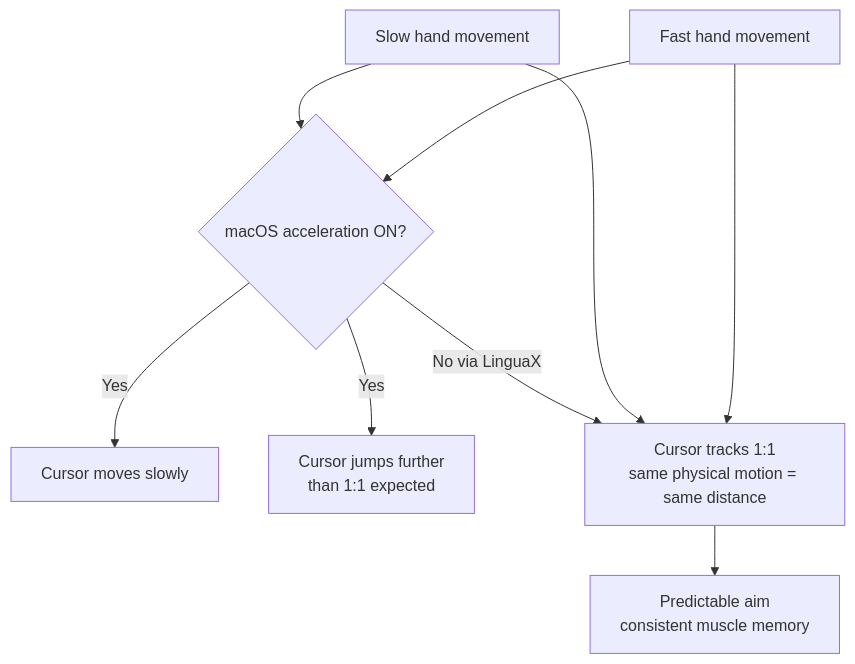
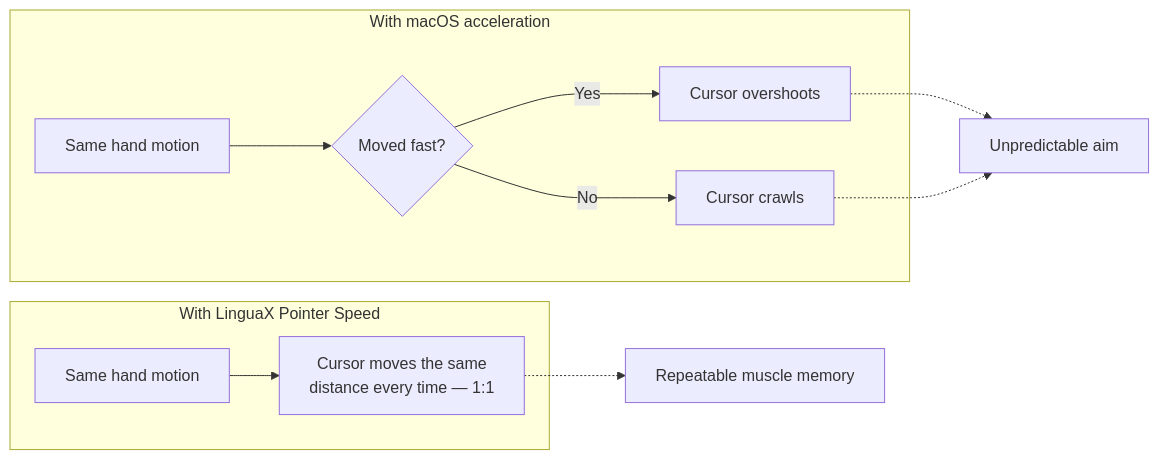
The diagram in docs/mouse-plus/recipes/disable-mouse-acceleration-mac.md (xiaopozhu/linguax-web), drawn with Mermaid before and after one commit. The commit also changed other lines of this file and 51 other files, not shown here.

````diff
--- a/docs/mouse-plus/recipes/disable-mouse-acceleration-mac.md
+++ b/docs/mouse-plus/recipes/disable-mouse-acceleration-mac.md
@@ -46,11 +46,14 @@
 ```mermaid
-flowchart TD
-    A[Slow hand movement] --> B{macOS acceleration ON?}
-    B -- Yes --> B1[Cursor moves slowly]
-    A2[Fast hand movement] --> B
-    B -- Yes --> B2[Cursor jumps further<br/>than 1:1 expected]
-    B -- No via LinguaX --> C[Cursor tracks 1:1<br/>same physical motion = same distance]
-    A --> C
-    A2 --> C
-    C --> D[Predictable aim<br/>consistent muscle memory]
+flowchart LR
+    subgraph ACC[With macOS acceleration]
+        A1[Same hand motion] --> A2{Moved fast?}
+        A2 -- Yes --> A3[Cursor overshoots]
+        A2 -- No --> A4[Cursor crawls]
+    end
+    subgraph LX[With LinguaX Pointer Speed]
+        B1[Same hand motion] --> B2[Cursor moves the same<br/>distance every time — 1:1]
+    end
+    A3 -.-> R[Unpredictable aim]
+    A4 -.-> R
+    B2 -.-> P[Repeatable muscle memory]
 ```
````
